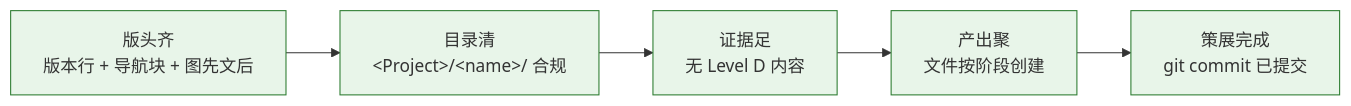
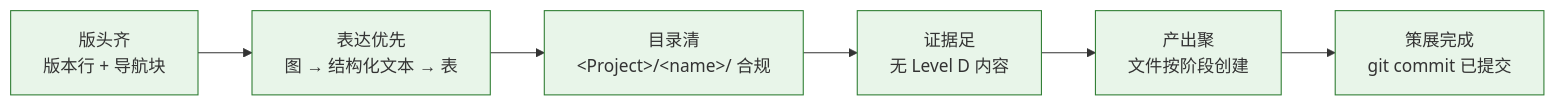
Before and after one commit to effiy/YrY: the ninth of 9 diagrams in rules/doc-generation.md, drawn with Mermaid. The commit also changed other lines of this file and 2 other files, not shown here.

````diff
--- a/rules/doc-generation.md
+++ b/rules/doc-generation.md
@@ -230,9 +261,10 @@
 ```mermaid
 flowchart LR
-    S1["版头齐<br/>版本行 + 导航块 + 图先文后"]:::sig --> S2["目录清<br/>&lt;Project&gt;/&lt;name&gt;/ 合规"]:::sig
-    S2 --> S3["证据足<br/>无 Level D 内容"]:::sig
-    S3 --> S4["产出聚<br/>文件按阶段创建"]:::sig
-    S4 --> S5["策展完成<br/>git commit 已提交"]:::sig
+    S1["版头齐<br/>版本行 + 导航块"]:::sig --> S2["表达优先<br/>图 → 结构化文本 → 表"]:::sig
+    S2 --> S3["目录清<br/>&lt;Project&gt;/&lt;name&gt;/ 合规"]:::sig
+    S3 --> S4["证据足<br/>无 Level D 内容"]:::sig
+    S4 --> S5["产出聚<br/>文件按阶段创建"]:::sig
+    S5 --> S6["策展完成<br/>git commit 已提交"]:::sig
 
     classDef sig fill:#e8f5e9,stroke:#2e7d32;
 ```
````
